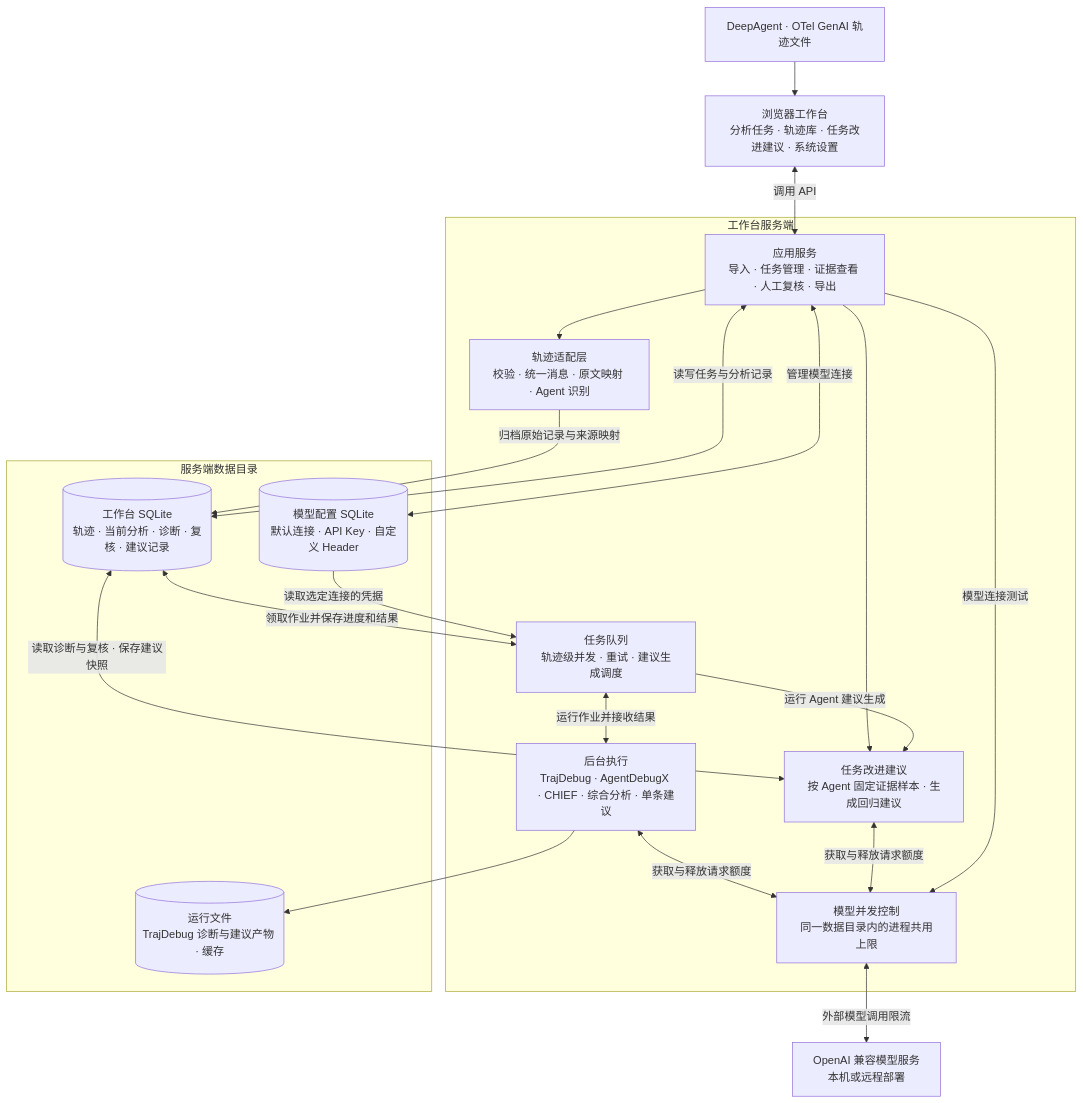
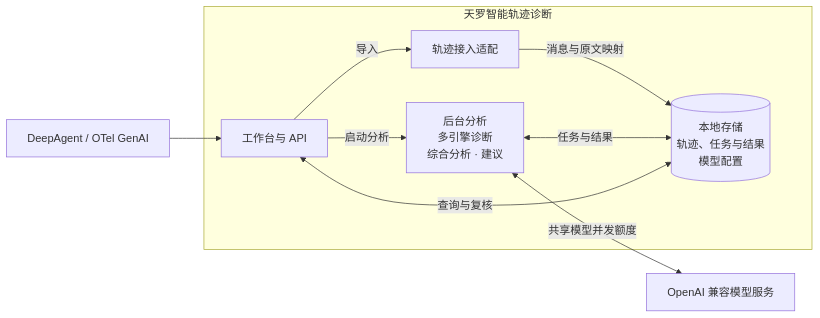
The diagram in docs/architecture.md (szluoqy-byte/agent-trace-diagnostics), drawn with Mermaid before and after one commit. The commit also changed other lines of this file, not shown here.

Commit message:
简化系统架构图与高层说明

````diff
--- a/docs/architecture.md
+++ b/docs/architecture.md
@@ -7,40 +7,21 @@
 ```mermaid
-flowchart TB
-    Sources["DeepAgent · OTel GenAI 轨迹文件"]
-    UI["浏览器工作台<br/>分析任务 · 轨迹库 · 任务改进建议 · 系统设置"]
-    Model["OpenAI 兼容模型服务<br/>本机或远程部署"]
+flowchart LR
+    Source["DeepAgent / OTel GenAI"]
+    Model["OpenAI 兼容模型服务"]
 
-    subgraph Workbench["工作台服务端"]
-        API["应用服务<br/>导入 · 任务管理 · 证据查看 · 人工复核 · 导出"]
-        Adapter["轨迹适配层<br/>校验 · 统一消息 · 原文映射 · Agent 识别"]
-        Queue["任务队列<br/>轨迹级并发 · 重试 · 建议生成调度"]
-        Diagnosis["后台执行<br/>TrajDebug · AgentDebugX · CHIEF · 综合分析 · 单条建议"]
-        Improvements["任务改进建议<br/>按 Agent 固定证据样本 · 生成回归建议"]
-        ModelSlots["模型并发控制<br/>同一数据目录内的进程共用上限"]
+    subgraph Tianluo["天罗智能轨迹诊断"]
+        Workbench["工作台与 API"]
+        Adapter["轨迹接入适配"]
+        Analysis["后台分析<br/>多引擎诊断<br/>综合分析 · 建议"]
+        Store[("本地存储<br/>轨迹、任务与结果<br/>模型配置")]
 
-        API --> Adapter
-        API --> Improvements
-        Queue <-->|运行作业并接收结果| Diagnosis
-        Queue -->|运行 Agent 建议生成| Improvements
+        Workbench -->|导入| Adapter
+        Workbench -->|启动分析| Analysis
+        Adapter -->|消息与原文映射| Store
+        Analysis <-->|任务与结果| Store
+        Workbench <-->|查询与复核| Store
     end
 
-    subgraph Storage["服务端数据目录"]
-        Workspace[("工作台 SQLite<br/>轨迹 · 当前分析 · 诊断 · 复核 · 建议记录")]
-        Connections[("模型配置 SQLite<br/>默认连接 · API Key · 自定义 Header")]
-        Artifacts[("运行文件<br/>TrajDebug 诊断与建议产物 · 缓存")]
-    end
-
-    Sources --> UI
-    UI <-->|调用 API| API
-    Adapter -->|归档原始记录与来源映射| Workspace
-    API <-->|读写任务与分析记录| Workspace
-    API <-->|管理模型连接| Connections
-    Workspace <-->|领取作业并保存进度和结果| Queue
-    Connections -->|读取选定连接的凭据| Queue
-    Workspace <-->|读取诊断与复核 · 保存建议快照| Improvements
-    Diagnosis --> Artifacts
-    Diagnosis <-->|获取与释放请求额度| ModelSlots
-    Improvements <-->|获取与释放请求额度| ModelSlots
-    API -->|模型连接测试| ModelSlots
-    ModelSlots <-->|外部模型调用限流| Model
+    Source --> Workbench
+    Analysis <-->|共享模型并发额度| Model
 ```
````
